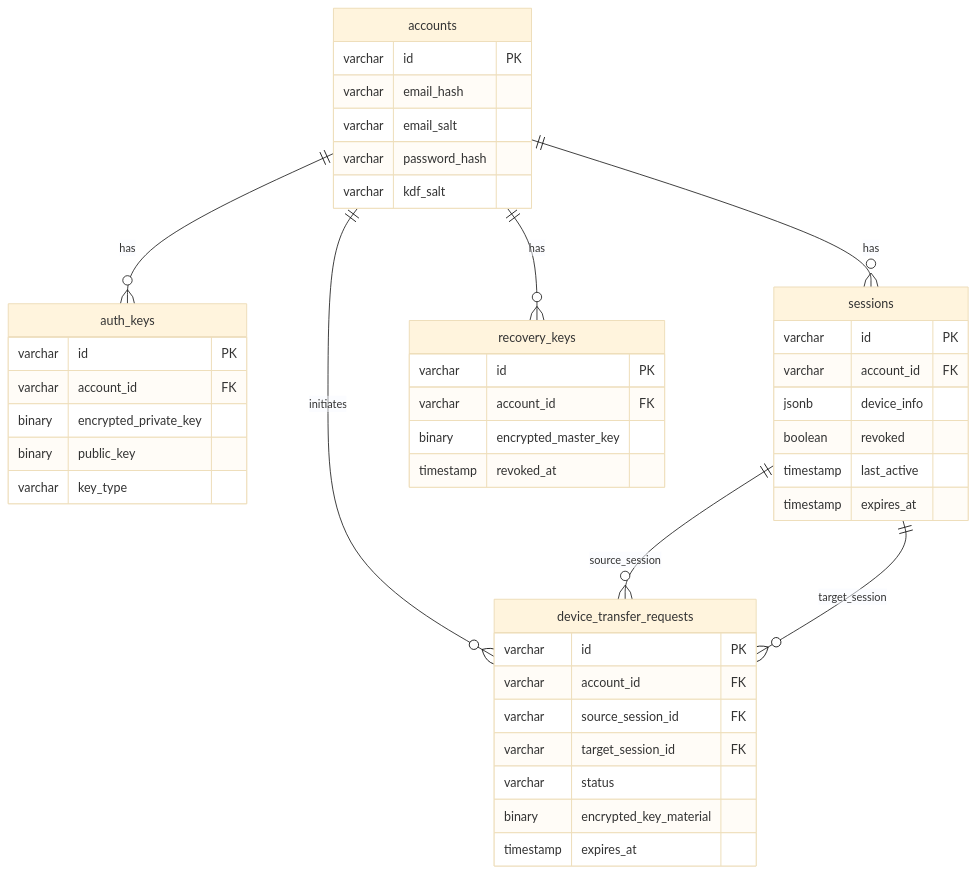
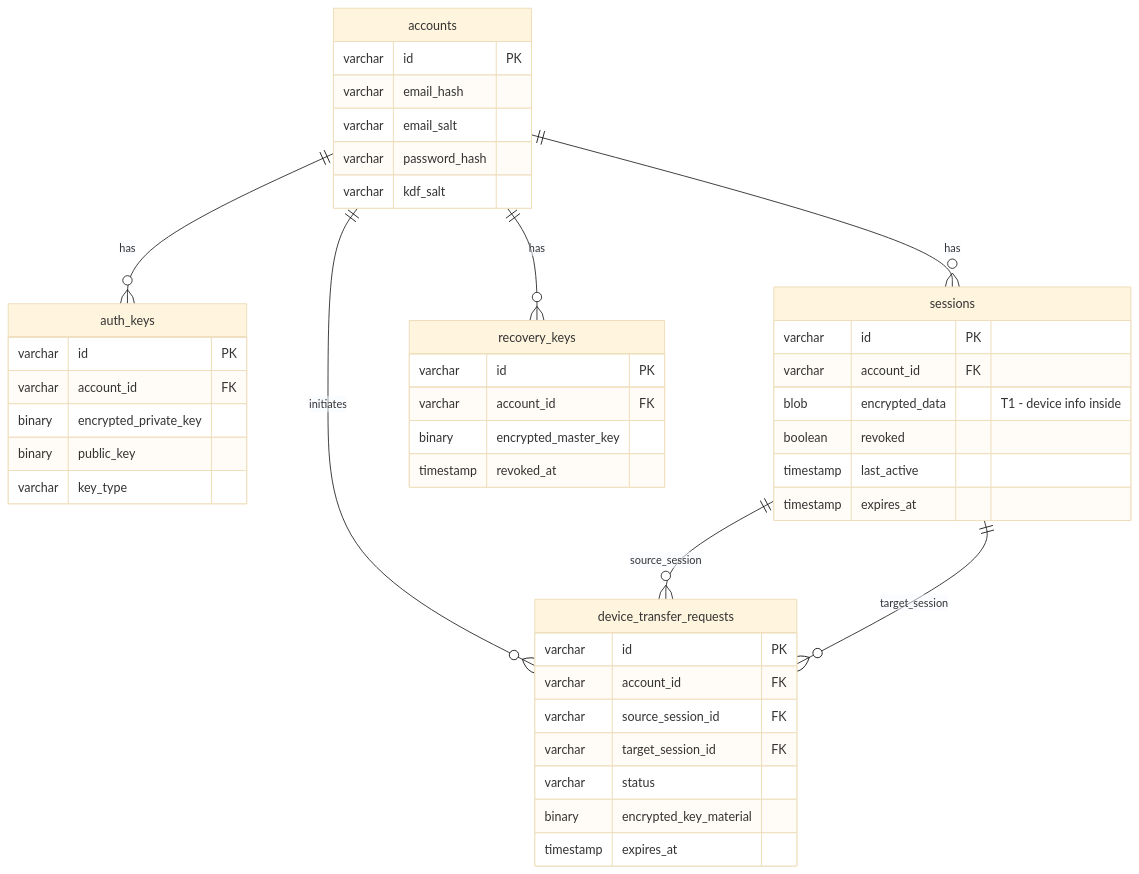
The first of 20 diagrams in docs/database-schema.md (ThePrismSystem/pluralscape-mono), drawn with Mermaid (base theme) before and after one commit. The commit also changed other lines of this file, not shown here.

Commit message:
docs(db): correct ER diagrams against actual PG schema

````diff
--- a/docs/database-schema.md
+++ b/docs/database-schema.md
@@ -22,51 +22,51 @@
 ```mermaid
 erDiagram
     accounts {
         varchar id PK
         varchar email_hash
         varchar email_salt
         varchar password_hash
         varchar kdf_salt
     }
 
     auth_keys {
         varchar id PK
         varchar account_id FK
         binary encrypted_private_key
         binary public_key
         varchar key_type
     }
 
     sessions {
         varchar id PK
         varchar account_id FK
-        jsonb device_info
+        blob encrypted_data "T1 - device info inside"
         boolean revoked
         timestamp last_active
         timestamp expires_at
     }
 
     recovery_keys {
         varchar id PK
         varchar account_id FK
         binary encrypted_master_key
         timestamp revoked_at
     }
 
     device_transfer_requests {
         varchar id PK
         varchar account_id FK
         varchar source_session_id FK
         varchar target_session_id FK
         varchar status
         binary encrypted_key_material
         timestamp expires_at
     }
 
     accounts ||--o{ auth_keys : "has"
     accounts ||--o{ sessions : "has"
     accounts ||--o{ recovery_keys : "has"
     accounts ||--o{ device_transfer_requests : "initiates"
     sessions ||--o{ device_transfer_requests : "source_session"
     sessions ||--o{ device_transfer_requests : "target_session"
 ```
````
